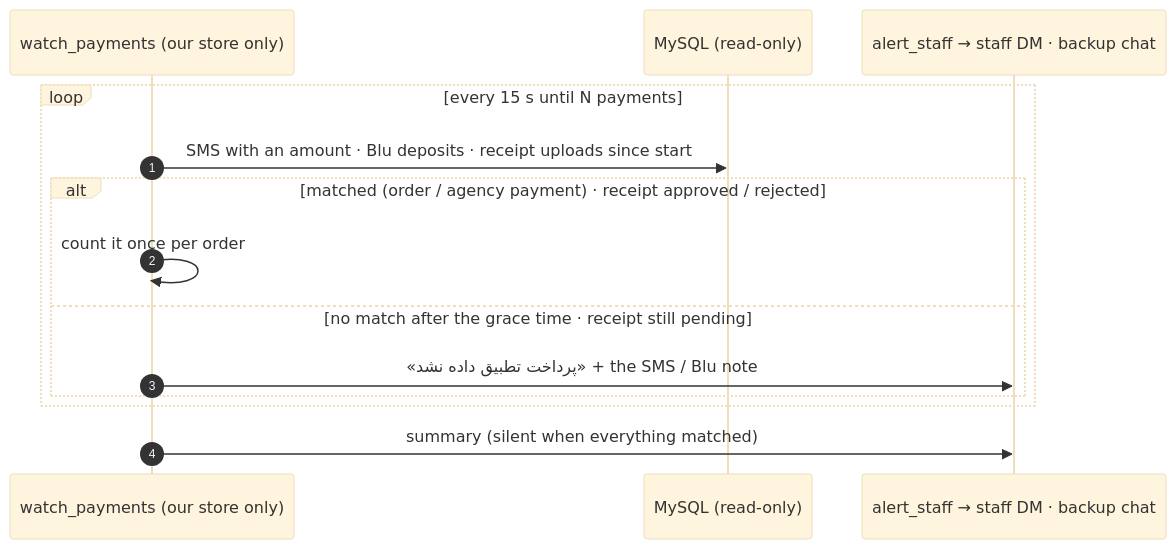
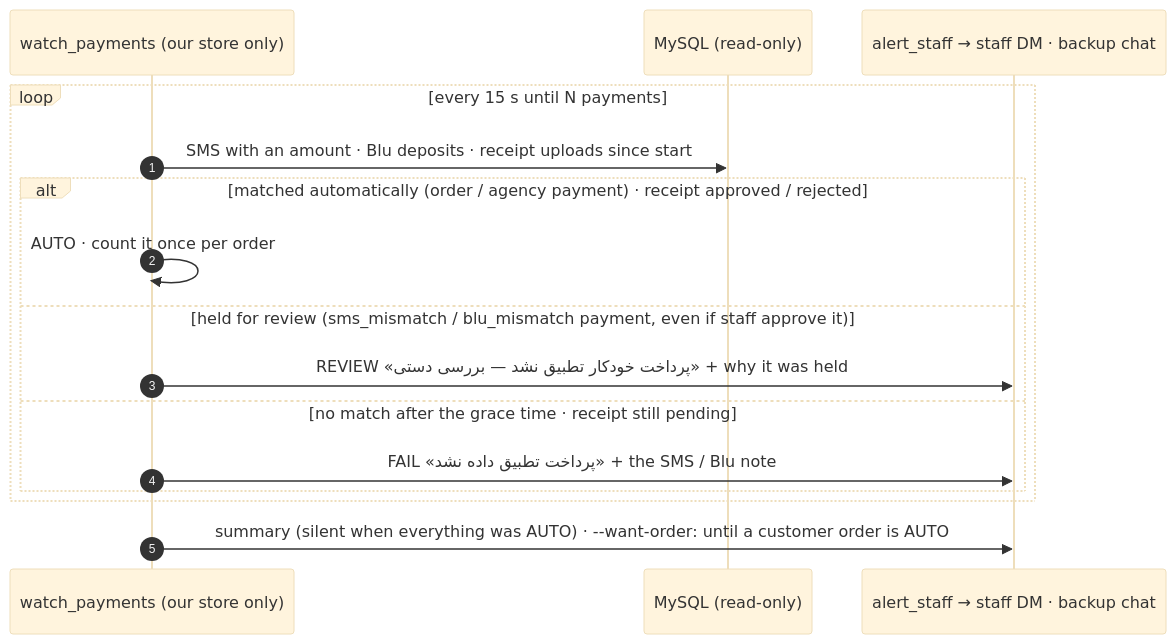
One commit to santiyagoburcart/caspintunel changed diagram 45 of 46 in docs/flows.md. Above: the diagram before and after it, drawn with Mermaid (base theme). The commit also changed 3 other files, not shown here.

First line of the commit message:
fix: watch_payments — a deposit held for review is REVIEW, never 'matched'; --want-order

````diff
--- a/docs/flows.md
+++ b/docs/flows.md
@@ -1432,16 +1432,18 @@
 ```mermaid
 sequenceDiagram
     autonumber
     participant W as watch_payments (our store only)
     participant DB as MySQL (read-only)
     participant T as alert_staff → staff DM · backup chat
     loop every 15 s until N payments
         W->>DB: SMS with an amount · Blu deposits · receipt uploads since start
-        alt matched (order / agency payment) · receipt approved / rejected
-            W->>W: count it once per order
+        alt matched automatically (order / agency payment) · receipt approved / rejected
+            W->>W: AUTO · count it once per order
+        else held for review (sms_mismatch / blu_mismatch payment, even if staff approve it)
+            W->>T: REVIEW «پرداخت خودکار تطبیق نشد — بررسی دستی» + why it was held
         else no match after the grace time · receipt still pending
-            W->>T: «پرداخت تطبیق داده نشد» + the SMS / Blu note
+            W->>T: FAIL «پرداخت تطبیق داده نشد» + the SMS / Blu note
         end
     end
-    W->>T: summary (silent when everything matched)
+    W->>T: summary (silent when everything was AUTO) · --want-order: until a customer order is AUTO
 ```
````
